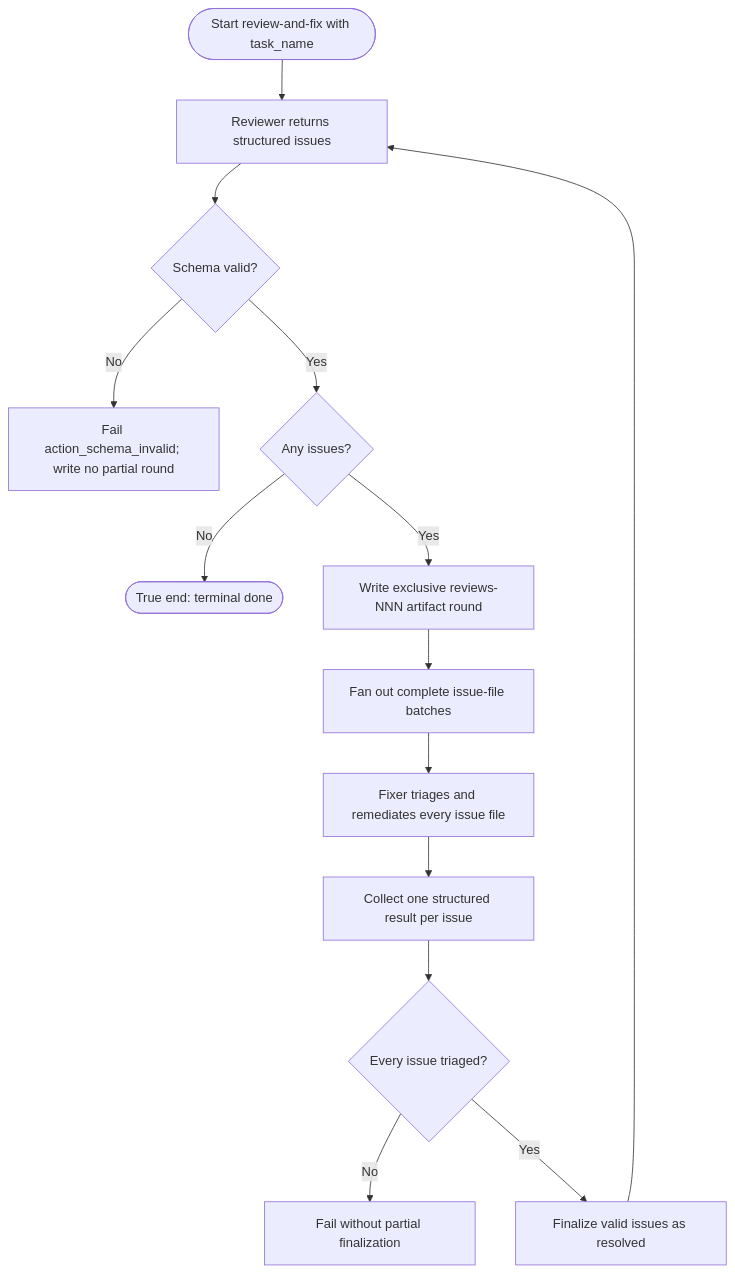
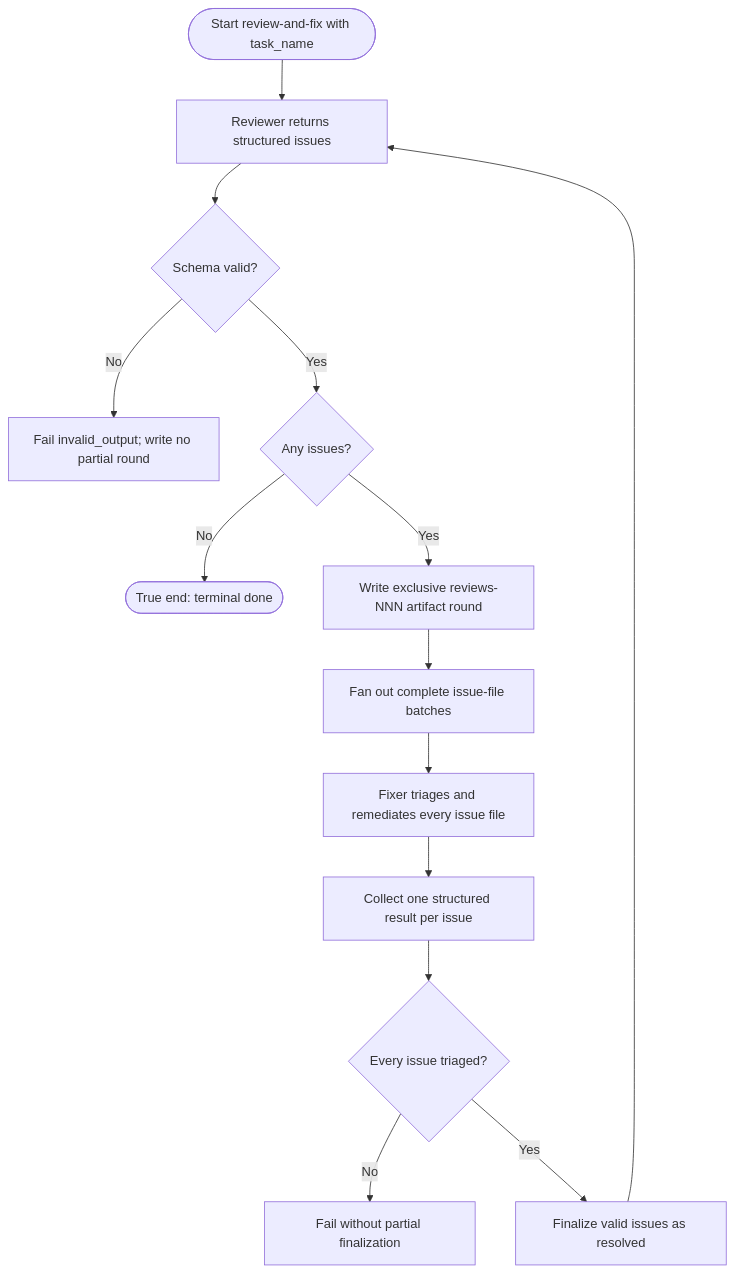
Before and after one commit to compozy/compozy: the diagram in docs/qa/journeys/J-08-watch-and-maintain.md, drawn with Mermaid. The commit also changed other lines of this file and 133 other files, not shown here.

First line of the commit message:
fix: harden Loop runtime and graph execution (#438)

````diff
--- a/docs/qa/journeys/J-08-watch-and-maintain.md
+++ b/docs/qa/journeys/J-08-watch-and-maintain.md
@@ -9,16 +9,16 @@
 ```mermaid
 flowchart TD
     A([Start review-and-fix with task_name]) --> B[Reviewer returns structured issues]
     B --> V{Schema valid?}
-    V -->|No| X[Fail action_schema_invalid; write no partial round]
+    V -->|No| X[Fail invalid_output; write no partial round]
     V -->|Yes| C{Any issues?}
     C -->|No| D([True end: terminal done])
     C -->|Yes| E[Write exclusive reviews-NNN artifact round]
     E --> F[Fan out complete issue-file batches]
     F --> G[Fixer triages and remediates every issue file]
     G --> H[Collect one structured result per issue]
     H --> I{Every issue triaged?}
     I -->|No| J[Fail without partial finalization]
     I -->|Yes| K[Finalize valid issues as resolved]
     K --> B
 ```
````
